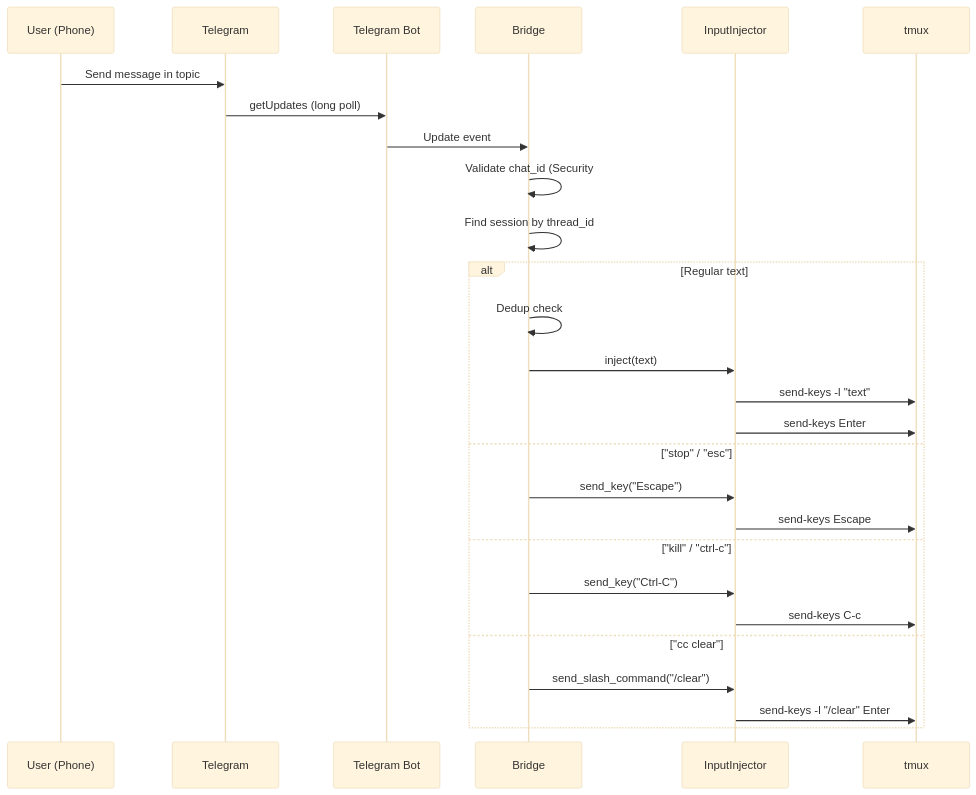
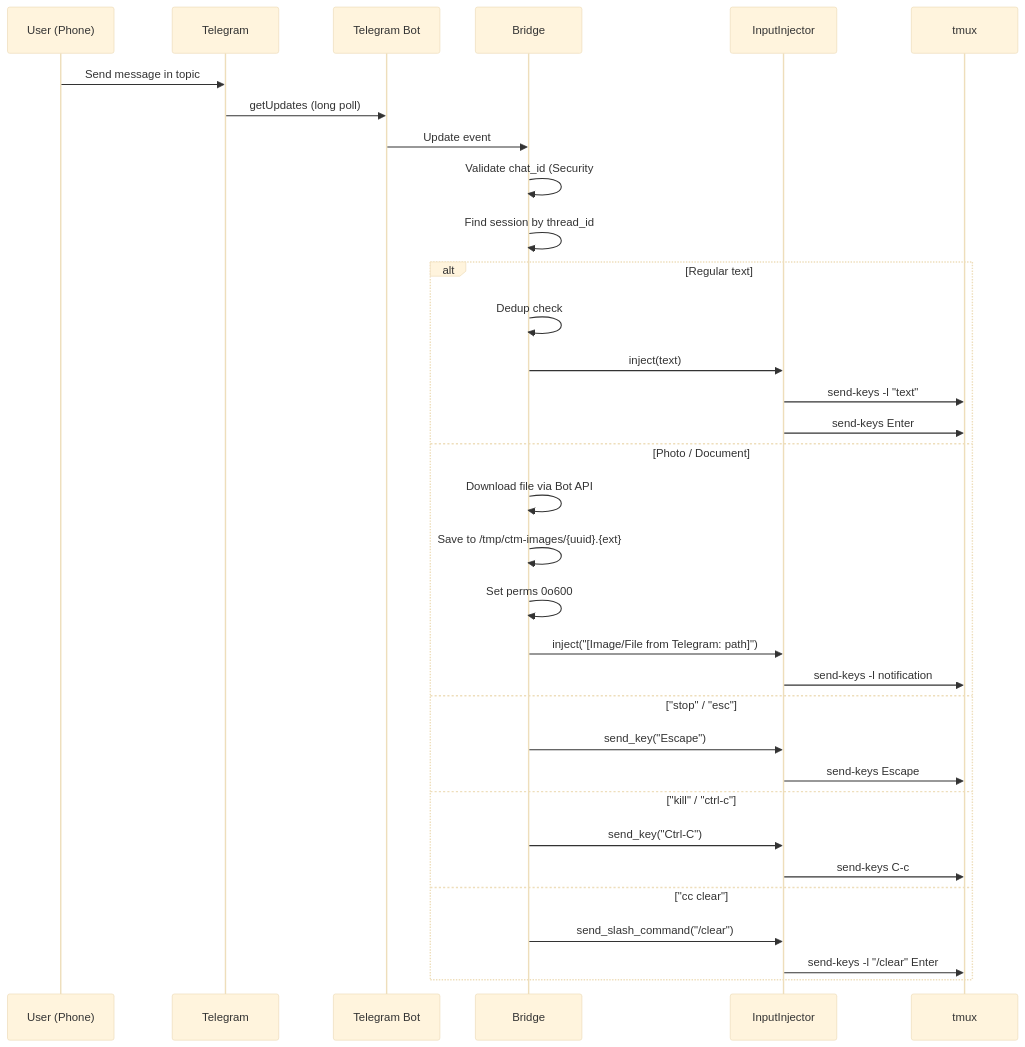
The fourth of 12 diagrams in docs/ARCHITECTURE.md (robertelee78/claude-telegram-mirror), drawn with Mermaid (base theme) before and after one commit. The commit also changed other lines of this file and 9 other files, not shown here.

````diff
--- a/docs/ARCHITECTURE.md
+++ b/docs/ARCHITECTURE.md
@@ -130,32 +134,38 @@
 ```mermaid
 sequenceDiagram
     participant User as User (Phone)
     participant TG as Telegram
     participant Bot as Telegram Bot
     participant Bridge as Bridge
     participant INJ as InputInjector
     participant TMUX as tmux
 
     User->>TG: Send message in topic
     TG->>Bot: getUpdates (long poll)
     Bot->>Bridge: Update event
 
     Bridge->>Bridge: Validate chat_id (Security #5)
     Bridge->>Bridge: Find session by thread_id
 
     alt Regular text
         Bridge->>Bridge: Dedup check
         Bridge->>INJ: inject(text)
         INJ->>TMUX: send-keys -l "text"
         INJ->>TMUX: send-keys Enter
+    else Photo / Document
+        Bridge->>Bridge: Download file via Bot API
+        Bridge->>Bridge: Save to /tmp/ctm-images/{uuid}.{ext}
+        Bridge->>Bridge: Set perms 0o600
+        Bridge->>INJ: inject("[Image/File from Telegram: path]")
+        INJ->>TMUX: send-keys -l notification
     else "stop" / "esc"
         Bridge->>INJ: send_key("Escape")
         INJ->>TMUX: send-keys Escape
     else "kill" / "ctrl-c"
         Bridge->>INJ: send_key("Ctrl-C")
         INJ->>TMUX: send-keys C-c
     else "cc clear"
         Bridge->>INJ: send_slash_command("/clear")
         INJ->>TMUX: send-keys -l "/clear" Enter
     end
 ```
````
